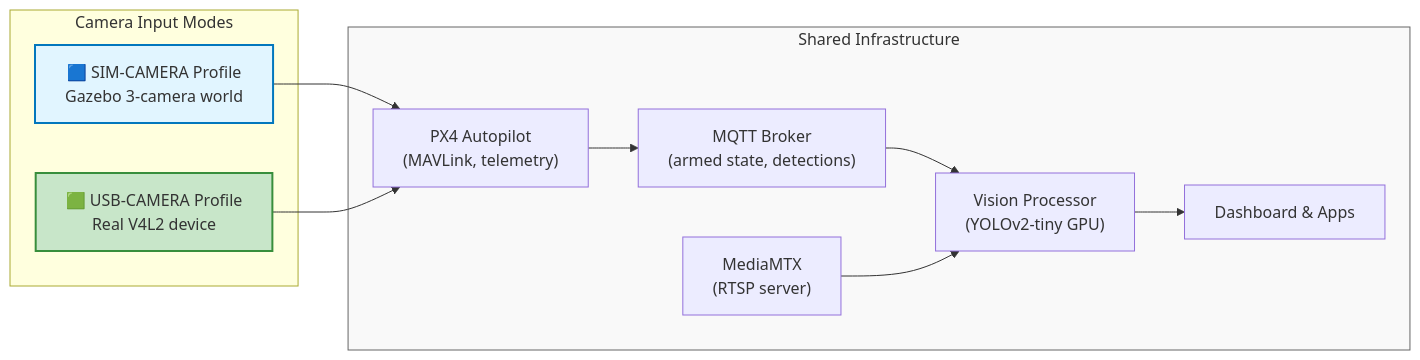
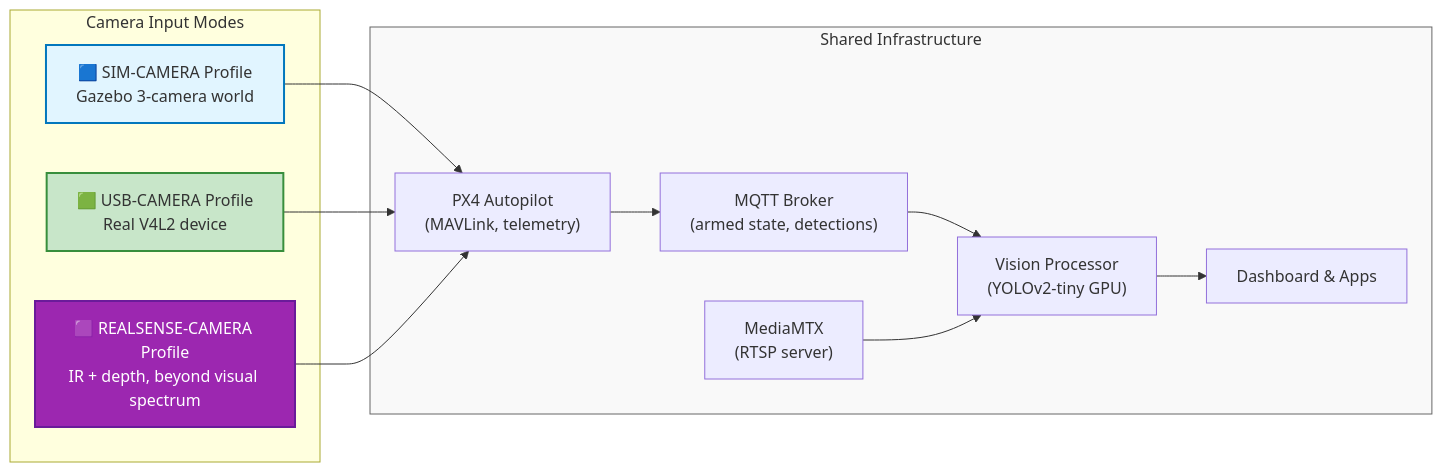
One commit to open-edge-platform/federal-and-aerospace-ai-suite changed the first of 5 diagrams in uav-mission-compute-sdk/docs/user-guide/camera-modes.md. Above: the diagram before and after it, drawn with Mermaid. The commit also changed other lines of this file and 14 other files, not shown here.

Commit message:
added realsense camera deployment (#4379)

````diff
--- a/uav-mission-compute-sdk/docs/user-guide/camera-modes.md
+++ b/uav-mission-compute-sdk/docs/user-guide/camera-modes.md
@@ -12,26 +12,29 @@
 ```mermaid
 graph LR
     subgraph MODES["Camera Input Modes"]
         SIM["🟦 SIM-CAMERA Profile<br/>Gazebo 3-camera world"]
         USB["🟩 USB-CAMERA Profile<br/>Real V4L2 device"]
+        RS["🟪 REALSENSE-CAMERA Profile<br/>IR + depth, beyond visual spectrum"]
     end
 
     subgraph COMMON["Shared Infrastructure"]
         PX4["PX4 Autopilot<br/>(MAVLink, telemetry)"]
         MQTT["MQTT Broker<br/>(armed state, detections)"]
         MTX["MediaMTX<br/>(RTSP server)"]
         VP["Vision Processor<br/>(YOLOv2-tiny GPU)"]
         APP["Dashboard & Apps<br/>"]
     end
 
     SIM --> PX4
     USB --> PX4
+    RS --> PX4
     PX4 --> MQTT
     MQTT --> VP
     MTX --> VP
     VP --> APP
 
     style SIM fill:#e1f5ff,stroke:#0277bd,stroke-width:2px
     style USB fill:#c8e6c9,stroke:#388e3c,stroke-width:2px
+    style RS fill:#9c27b0,stroke:#6a1b9a,stroke-width:2px,color:#fff
     style COMMON fill:#f9f9f9,stroke:#666,stroke-width:1px
 ```
````
